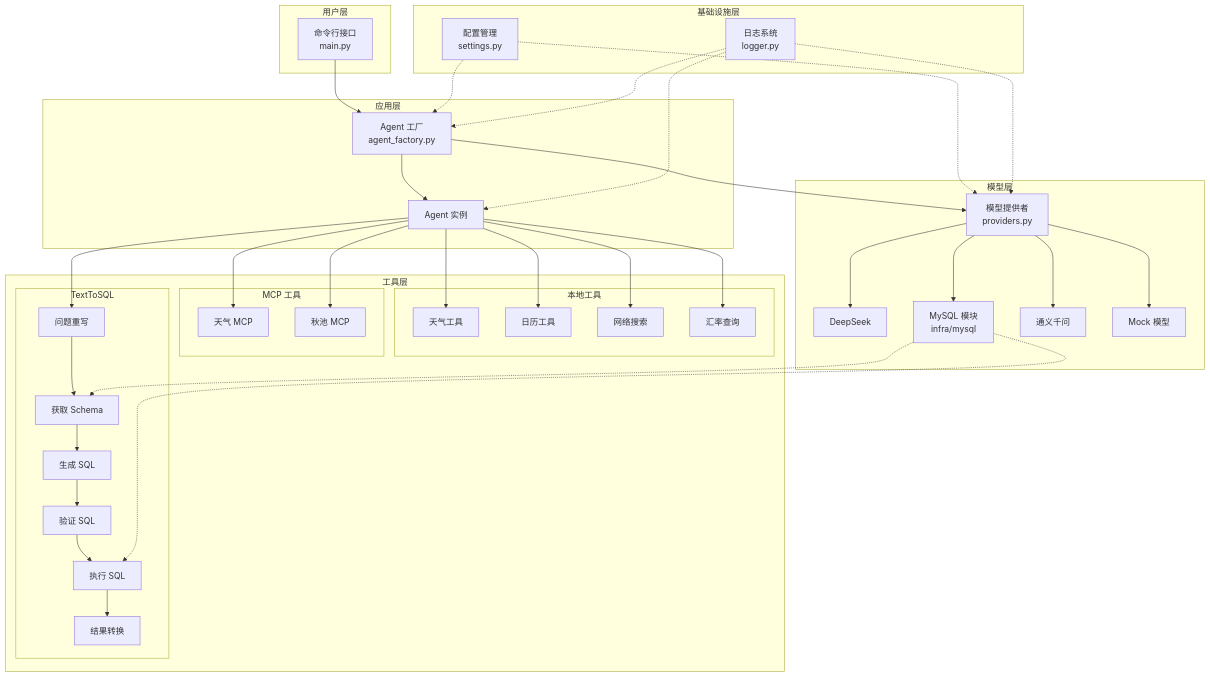
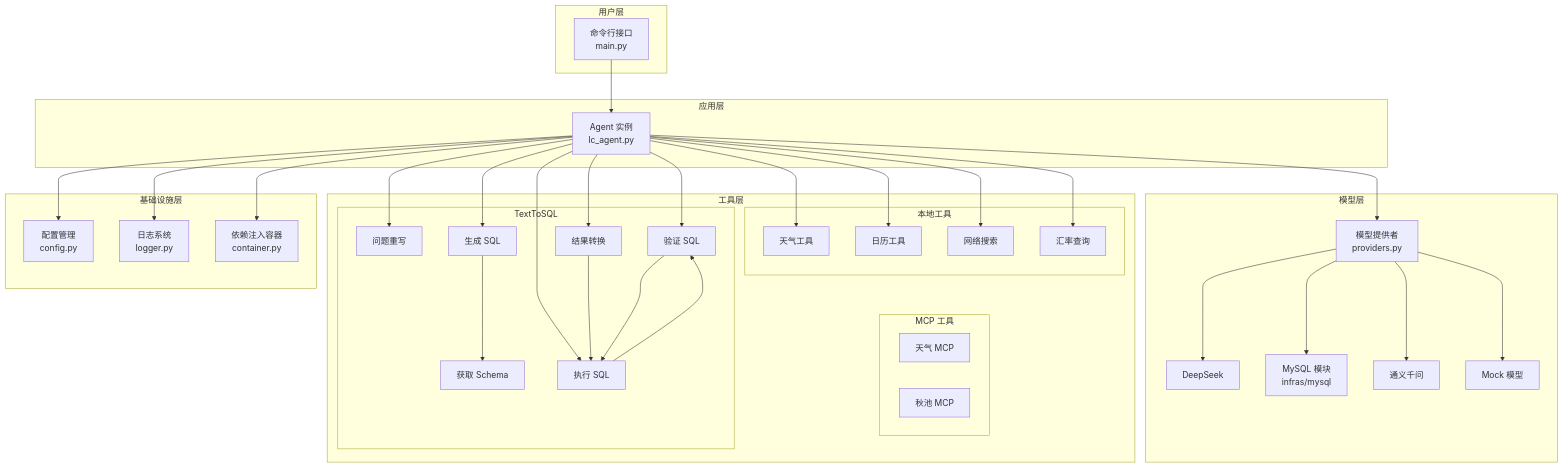
The first of 3 diagrams in README.md (chain-engine/x-langchain), drawn with Mermaid before and after one commit. The commit also changed other lines of this file, not shown here.

````diff
--- a/README.md
+++ b/README.md
@@ -146,57 +140,56 @@
 ```mermaid
 graph TB
     subgraph 用户层
         CLI[命令行接口<br/>main.py]
     end
 
     subgraph 应用层
-        AF[Agent 工厂<br/>agent_factory.py]
-        AG[Agent 实例]
+        AG[Agent 实例<br/>lc_agent.py]
     end
 
     subgraph 模型层
         MF[模型提供者<br/>providers.py]
         DS[DeepSeek]
         DB[豆包]
         TY[通义千问]
         MK[Mock 模型]
     end
 
     subgraph 工具层
         subgraph 本地工具
             WT[天气工具]
             CT[日历工具]
             WS[网络搜索]
             ER[汇率查询]
         end
         subgraph MCP 工具
             WMCP[天气 MCP]
             QMCP[秋池 MCP]
         end
         subgraph TextToSQL
             QR[问题重写]
             GS[获取 Schema]
             SG[生成 SQL]
             VS[验证 SQL]
             ES[执行 SQL]
             CN[结果转换]
         end
     end
 
     subgraph 基础设施层
-        CFG[配置管理<br/>settings.py]
+        CFG[配置管理<br/>config.py]
         LOG[日志系统<br/>logger.py]
-        DB[MySQL 模块<br/>infra/mysql]
+        CTN[依赖注入容器<br/>container.py]
+        DB[MySQL 模块<br/>infras/mysql]
     end
 
-    CLI --> AF
-    AF --> AG
-    AF --> MF
+    CLI --> AG
+    AG --> MF
+    AG --> WT & CT & WS & ER & QR & SG & VS & ES & CN
     MF --> DS & DB & TY & MK
-    AG --> WT & CT & WS & ER & WMCP & QMCP
-    AG --> QR --> GS --> SG --> VS --> ES --> CN
-
-    CFG -.-> AF & MF
-    LOG -.-> AF & MF & AG
-    DB -.-> ES & GS
+    AG --> CFG & LOG & CTN
+    SG --> GS
+    ES --> VS
+    CN --> ES
+    VS --> ES
 ```
````
